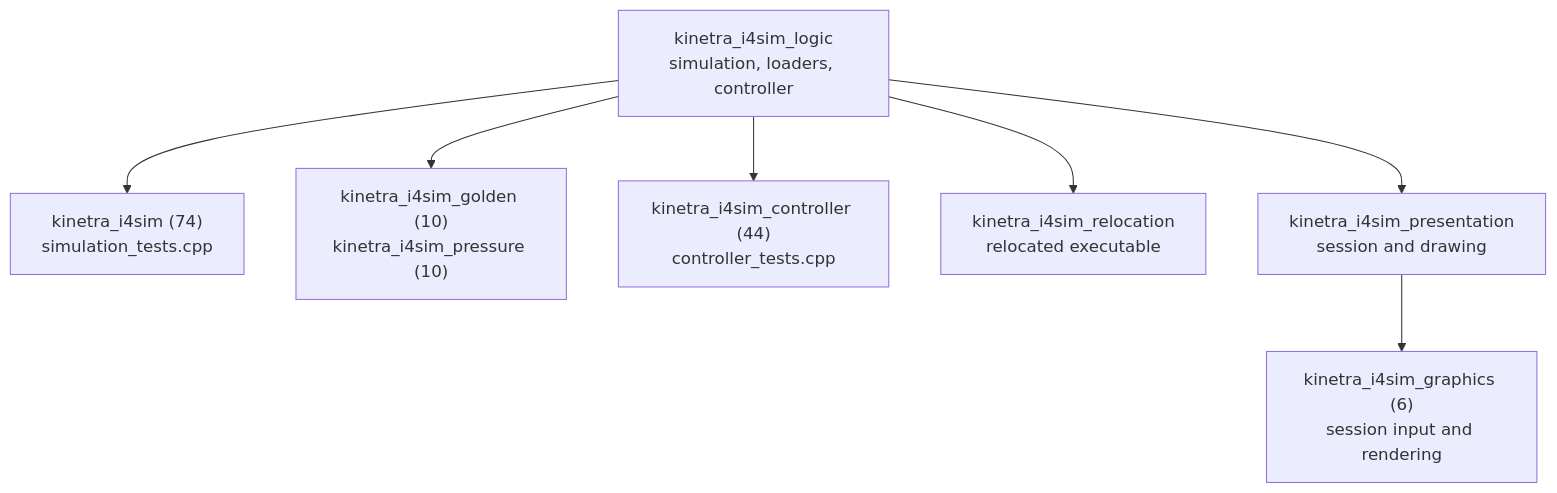
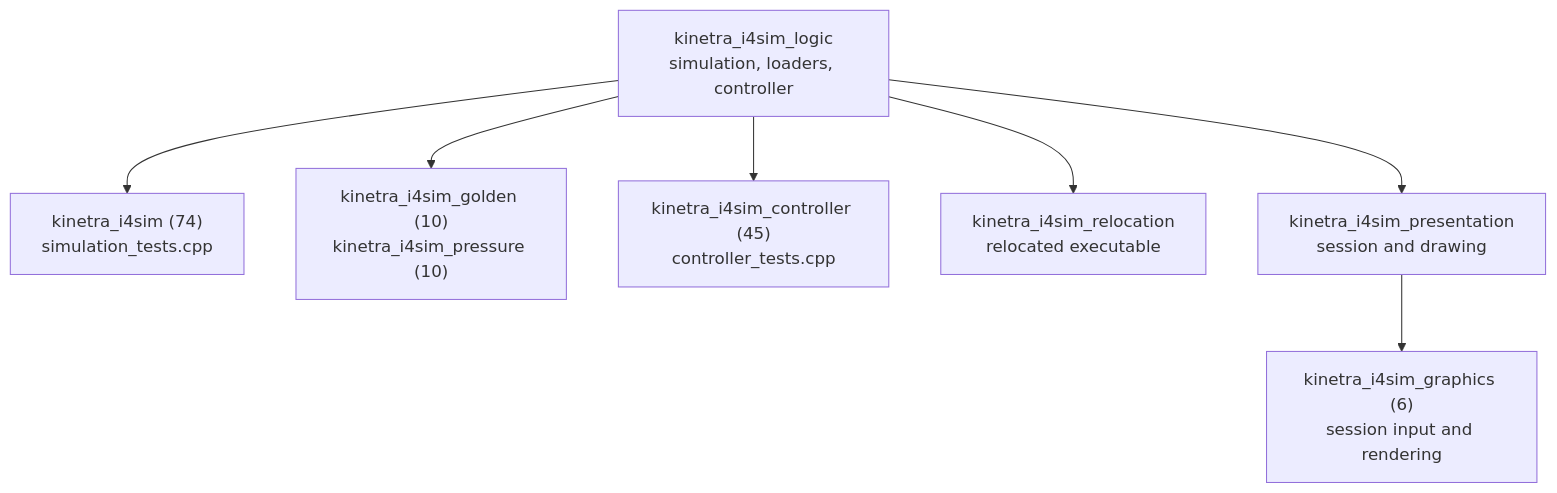
One commit to SMB-M87/Kinetra-Lab changed the diagram in labs/i4sim/tests/README.md. Above: the diagram before and after it, drawn with Mermaid. The commit also changed other lines of this file and 4 other files, not shown here.

````diff
--- a/labs/i4sim/tests/README.md
+++ b/labs/i4sim/tests/README.md
@@ -24,9 +24,9 @@
 ```mermaid
 flowchart TD
     Logic["kinetra_i4sim_logic<br/>simulation, loaders, controller"] --> Sim["kinetra_i4sim (74)<br/>simulation_tests.cpp"]
     Logic --> Golden["kinetra_i4sim_golden (10)<br/>kinetra_i4sim_pressure (10)"]
-    Logic --> Controller["kinetra_i4sim_controller (44)<br/>controller_tests.cpp"]
+    Logic --> Controller["kinetra_i4sim_controller (45)<br/>controller_tests.cpp"]
     Logic --> Relocation["kinetra_i4sim_relocation<br/>relocated executable"]
     Presentation["kinetra_i4sim_presentation<br/>session and drawing"] --> Graphics["kinetra_i4sim_graphics (6)<br/>session input and rendering"]
     Logic --> Presentation
 ```
````
